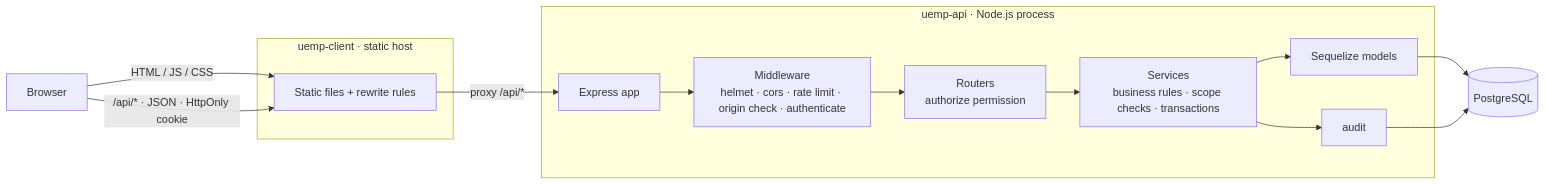
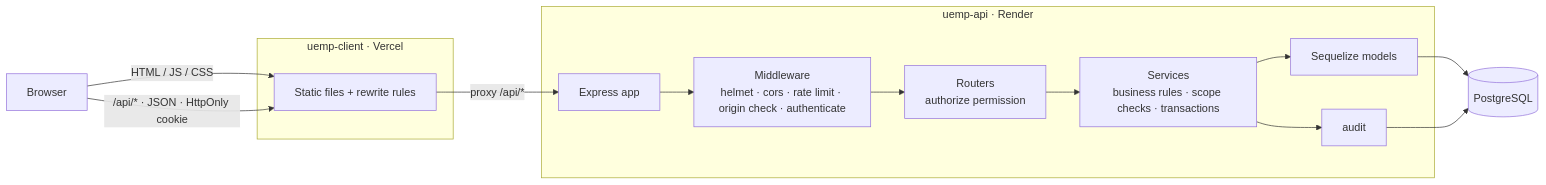
Before and after one commit to davidwale/uemp-api: the first of 2 diagrams in docs/ARCHITECTURE.md, drawn with Mermaid. The commit also changed other lines of this file and 2 other files, not shown here.

````diff
--- a/docs/ARCHITECTURE.md
+++ b/docs/ARCHITECTURE.md
@@ -12,18 +12,18 @@
 ```mermaid
 flowchart LR
     B[Browser] -- "HTML / JS / CSS" --> W
     B -- "/api/* · JSON · HttpOnly cookie" --> W
-    subgraph Web [uemp-client · static host]
+    subgraph Web [uemp-client · Vercel]
       W[Static files + rewrite rules]
     end
     W -- "proxy /api/*" --> E
-    subgraph API [uemp-api · Node.js process]
+    subgraph API [uemp-api · Render]
       E[Express app] --> M[Middleware<br/>helmet · cors · rate limit · origin check · authenticate]
       M --> R[Routers<br/>authorize permission]
       R --> S[Services<br/>business rules · scope checks · transactions]
       S --> O[Sequelize models]
       S --> A[audit]
     end
     O --> P[(PostgreSQL)]
     A --> P
 ```
````
